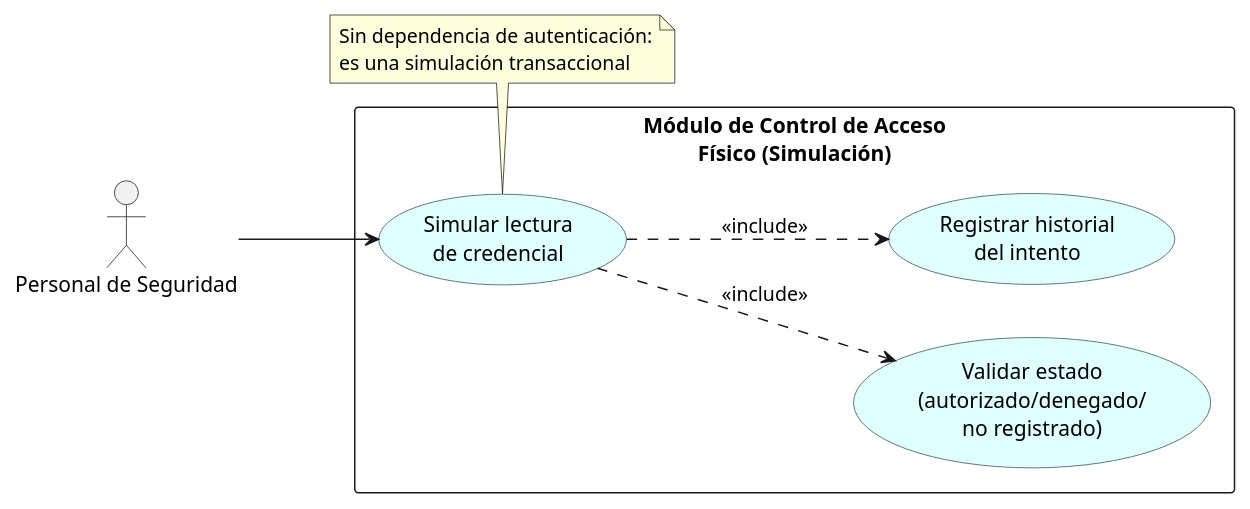
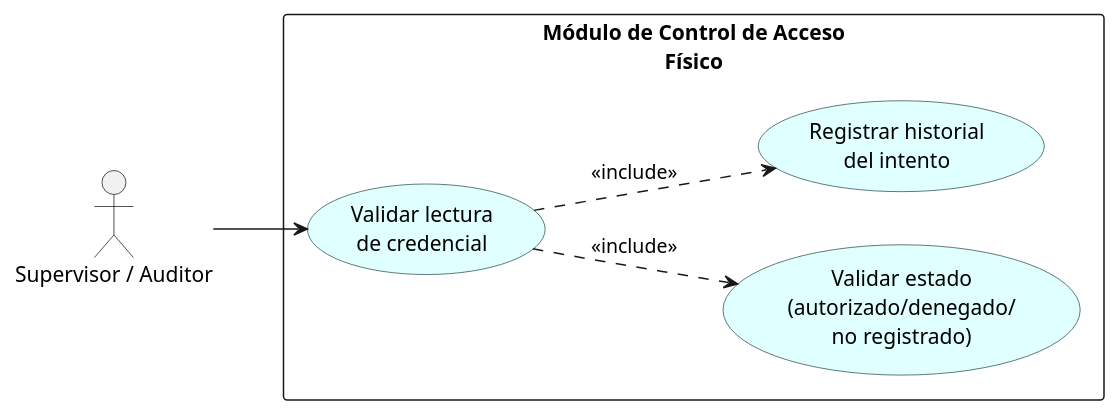
Before and after one commit to ElianMMCode/Zone-Control: the diagram in docs/diagramas/casos_uso/05_modulo_control_acceso_fisico.puml, drawn with PlantUML. The commit also changed 13 other files, not shown here.

```diff
--- a/docs/diagramas/casos_uso/05_modulo_control_acceso_fisico.puml
+++ b/docs/diagramas/casos_uso/05_modulo_control_acceso_fisico.puml
@@ -1,24 +1,22 @@
 @startuml
 skinparam usecase {
     BackgroundColor LightCyan
     BorderColor DarkSlateGray
 }
 skinparam packageStyle rectangle
 left to right direction
 
-actor "Personal de Seguridad" as Seg
+actor "Supervisor / Auditor" as Sup
 
-package "Módulo de Control de Acceso\nFísico (Simulación)" {
-    usecase "Simular lectura\nde credencial" as UC_Acc1
+package "Módulo de Control de Acceso\nFísico" {
+    usecase "Validar lectura\nde credencial" as UC_Acc1
     usecase "Validar estado\n(autorizado/denegado/\nno registrado)" as UC_Acc2
     usecase "Registrar historial\ndel intento" as UC_Acc3
 
     UC_Acc1 ..> UC_Acc2 : <<include>>
     UC_Acc1 ..> UC_Acc3 : <<include>>
 }
 
-Seg --> UC_Acc1
-
-note bottom of UC_Acc1 : Sin dependencia de autenticación:\nes una simulación transaccional
+Sup --> UC_Acc1
 
 @enduml
```
